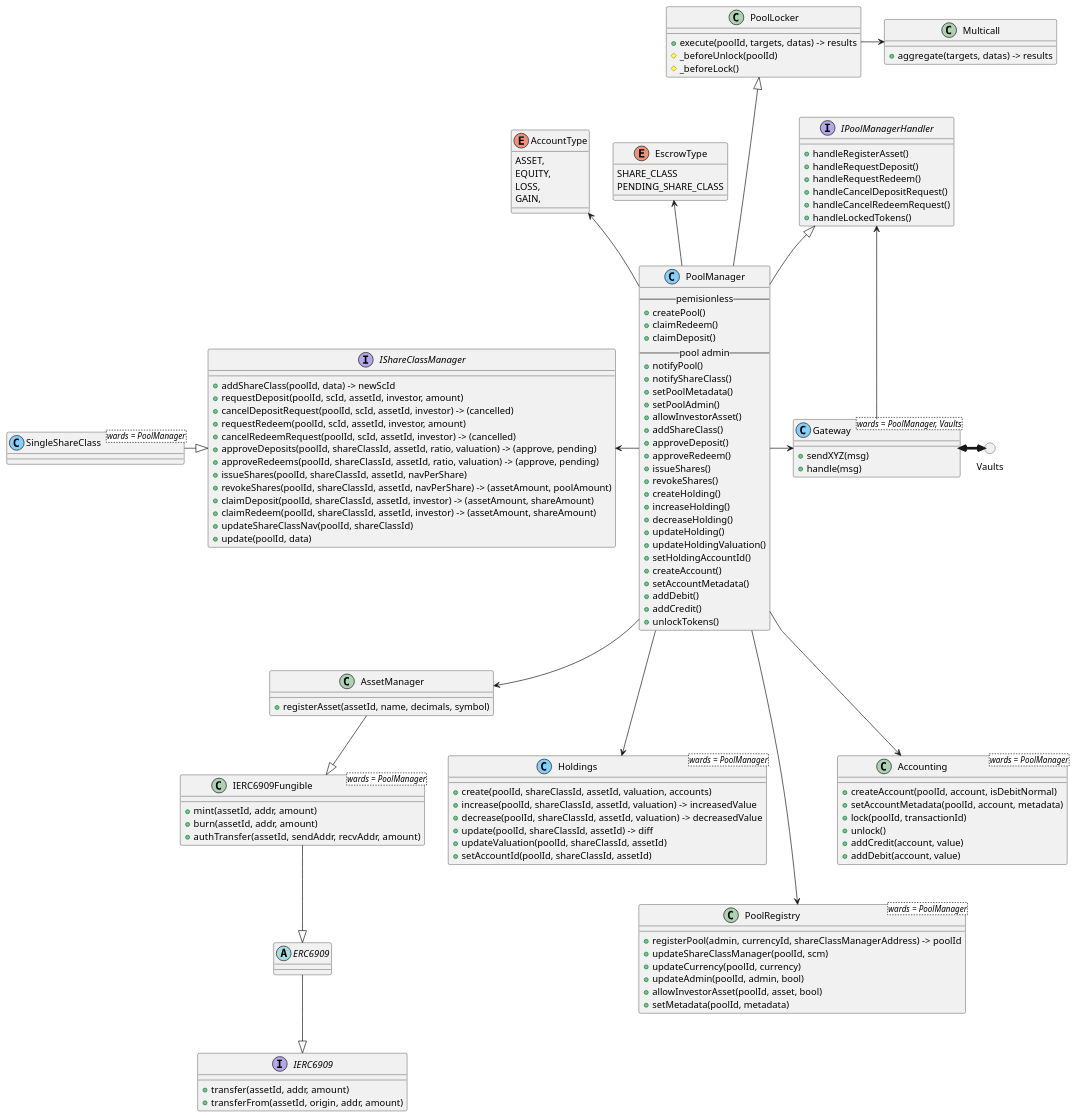
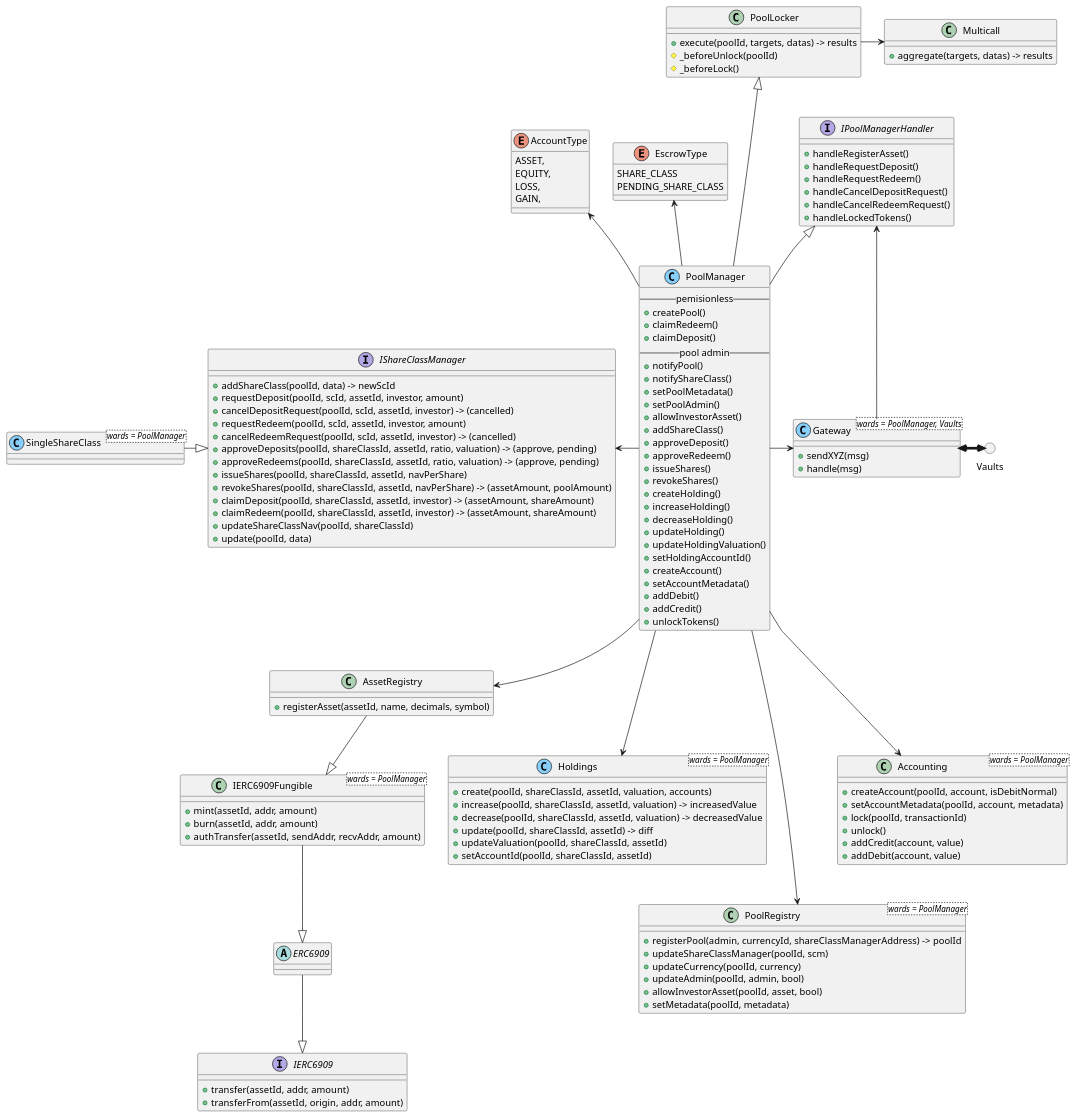
Before and after one commit to centrifuge/protocol: the diagram in docs/pools/architecture.puml, drawn with PlantUML. The commit also changed 10 other files, not shown here.

Commit message:
rename AssetManager

```diff
--- a/docs/pools/architecture.puml
+++ b/docs/pools/architecture.puml
@@ -1,154 +1,154 @@
 @startuml
 circle Vaults
 
 interface IERC6909 {
     + transfer(assetId, addr, amount)
     + transferFrom(assetId, origin, addr, amount)
 }
 
 abstract ERC6909 { }
 
 ERC6909 --|> IERC6909
 
 class IERC6909Fungible<wards = PoolManager> {
     + mint(assetId, addr, amount)
     + burn(assetId, addr, amount)
     + authTransfer(assetId, sendAddr, recvAddr, amount)
 }
 
 IERC6909Fungible --|> ERC6909
 
-class AssetManager {
+class AssetRegistry {
     + registerAsset(assetId, name, decimals, symbol)
 }
 
-AssetManager --|> IERC6909Fungible
+AssetRegistry --|> IERC6909Fungible
 
 class Holdings<wards = PoolManager> <<(C, lightskyblue)>> {
     + create(poolId, shareClassId, assetId, valuation, accounts)
     + increase(poolId, shareClassId, assetId, valuation) -> increasedValue
     + decrease(poolId, shareClassId, assetId, valuation) -> decreasedValue
     + update(poolId, shareClassId, assetId) -> diff
     + updateValuation(poolId, shareClassId, assetId)
     + setAccountId(poolId, shareClassId, assetId)
 }
 
 class PoolRegistry<wards = PoolManager> {
     + registerPool(admin, currencyId, shareClassManagerAddress) -> poolId
     + updateShareClassManager(poolId, scm)
     + updateCurrency(poolId, currency)
     + updateAdmin(poolId, admin, bool)
     + allowInvestorAsset(poolId, asset, bool)
     + setMetadata(poolId, metadata)
 }
 
 interface IShareClassManager {
     + addShareClass(poolId, data) -> newScId
     + requestDeposit(poolId, scId, assetId, investor, amount)
     + cancelDepositRequest(poolId, scId, assetId, investor) -> (cancelled)
     + requestRedeem(poolId, scId, assetId, investor, amount)
     + cancelRedeemRequest(poolId, scId, assetId, investor) -> (cancelled)
     + approveDeposits(poolId, shareClassId, assetId, ratio, valuation) -> (approve, pending)
     + approveRedeems(poolId, shareClassId, assetId, ratio, valuation) -> (approve, pending)
     + issueShares(poolId, shareClassId, assetId, navPerShare)
     + revokeShares(poolId, shareClassId, assetId, navPerShare) -> (assetAmount, poolAmount)
     + claimDeposit(poolId, shareClassId, assetId, investor) -> (assetAmount, shareAmount)
     + claimRedeem(poolId, shareClassId, assetId, investor) -> (assetAmount, shareAmount)
     + updateShareClassNav(poolId, shareClassId)
     + update(poolId, data)
 }
 
 class SingleShareClass<wards = PoolManager> <<(C, lightskyblue)>>{ }
 SingleShareClass -down|> IShareClassManager
 
 class Accounting<wards = PoolManager> {
     + createAccount(poolId, account, isDebitNormal)
     + setAccountMetadata(poolId, account, metadata)
     + lock(poolId, transactionId)
     + unlock()
     + addCredit(account, value)
     + addDebit(account, value)
 }
 
 class Multicall {
     + aggregate(targets, datas) -> results
 }
 
 class PoolLocker {
     + execute(poolId, targets, datas) -> results
     # _beforeUnlock(poolId)
     # _beforeLock()
 }
 
 PoolLocker -right-> Multicall
 
 enum EscrowType {
     SHARE_CLASS
     PENDING_SHARE_CLASS
 }
 
 enum AccountType {
     ASSET,
     EQUITY,
     LOSS,
     GAIN,
 }
 
 interface IPoolManagerHandler {
     + handleRegisterAsset()
     + handleRequestDeposit()
     + handleRequestRedeem()
     + handleCancelDepositRequest()
     + handleCancelRedeemRequest()
     + handleLockedTokens()
 }
 
 class PoolManager <<(C, lightskyblue)>> {
     -- pemisionless --
     + createPool()
     + claimRedeem()
     + claimDeposit()
     -- pool admin --
     + notifyPool()
     + notifyShareClass()
     + setPoolMetadata()
     + setPoolAdmin()
     + allowInvestorAsset()
     + addShareClass()
     + approveDeposit()
     + approveRedeem()
     + issueShares()
     + revokeShares()
     + createHolding()
     + increaseHolding()
     + decreaseHolding()
     + updateHolding()
     + updateHoldingValuation()
     + setHoldingAccountId()
     + createAccount()
     + setAccountMetadata()
     + addDebit()
     + addCredit()
     + unlockTokens()
 }
 
 PoolManager -up-|> IPoolManagerHandler
 PoolManager -up--|> PoolLocker
 PoolManager -up-> EscrowType
 PoolManager -up-> AccountType
 PoolManager -down---> PoolRegistry
 PoolManager -left-> IShareClassManager
 PoolManager -down--> Accounting
-PoolManager -down-> AssetManager
+PoolManager -down-> AssetRegistry
 PoolManager -down--> Holdings
 PoolManager -right-> Gateway
 
 class Gateway<wards = PoolManager, Vaults> <<(C, lightskyblue)>> {
     + sendXYZ(msg)
     + handle(msg)
 }
 
 Gateway <-[thickness=4]right-> Vaults
 Gateway -up-> IPoolManagerHandler
 
 @enduml
```
